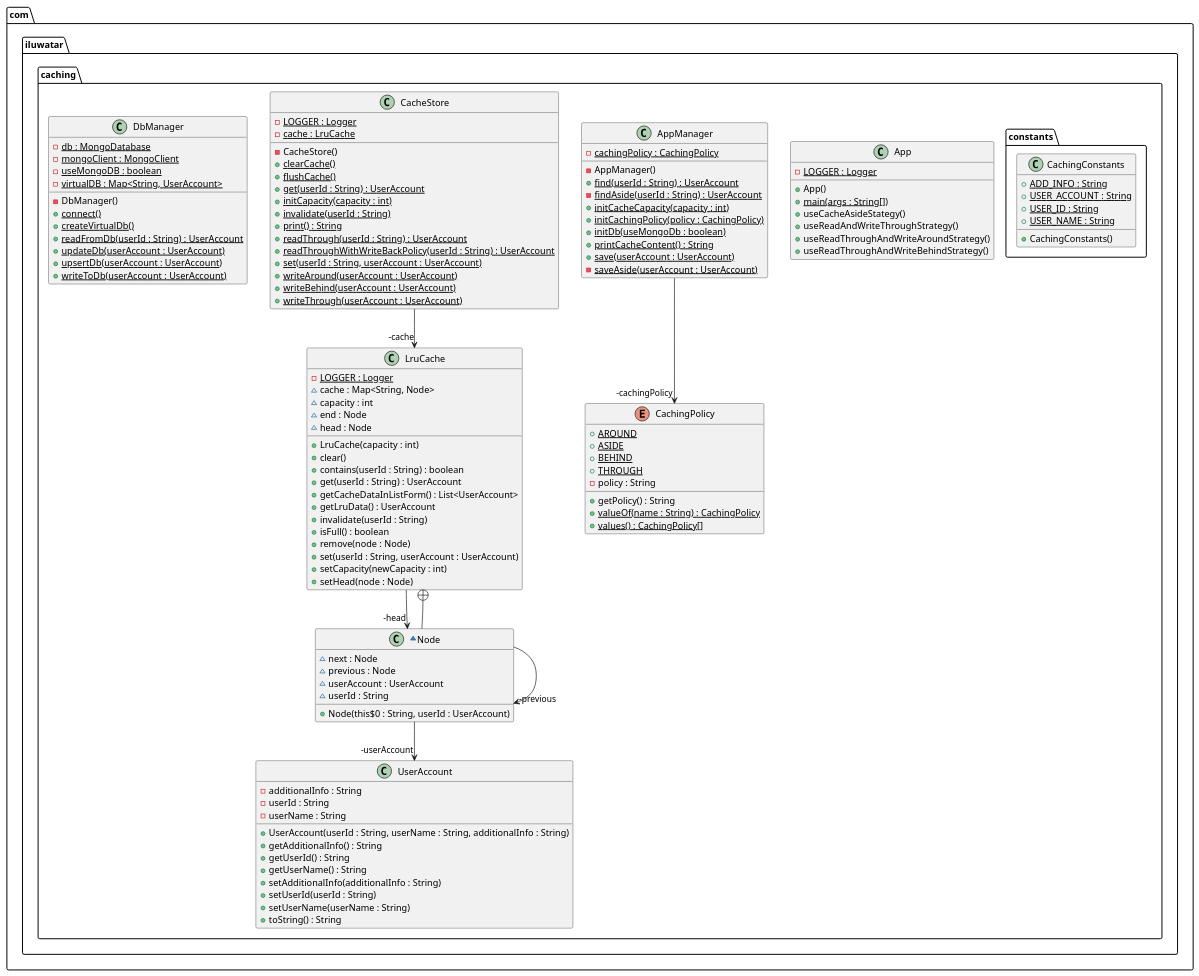
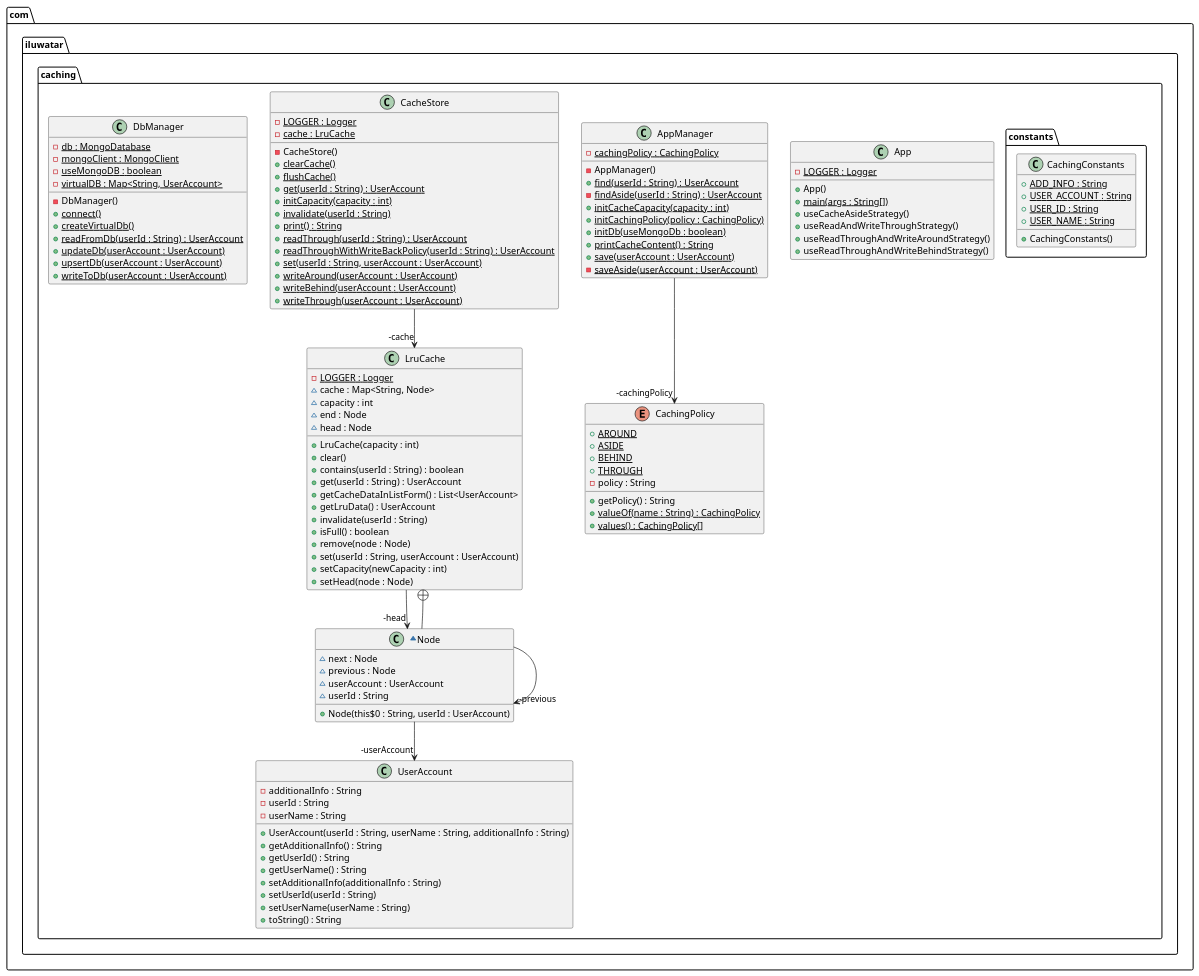
One commit to iluwatar/java-design-patterns changed the diagram in caching/etc/caching.urm.puml. Above: the diagram before and after it, drawn with PlantUML. The commit also changed 4 other files, not shown here.

```diff
--- a/caching/etc/caching.urm.puml
+++ b/caching/etc/caching.urm.puml
@@ -1,119 +1,119 @@
 @startuml
 package com.iluwatar.caching.constants {
   class CachingConstants {
     + ADD_INFO : String {static}
     + USER_ACCOUNT : String {static}
     + USER_ID : String {static}
     + USER_NAME : String {static}
     + CachingConstants()
   }
 }
 package com.iluwatar.caching {
   class App {
     - LOGGER : Logger {static}
     + App()
     + main(args : String[]) {static}
-    + useCacheAsideStategy()
+    + useCacheAsideStrategy()
     + useReadAndWriteThroughStrategy()
     + useReadThroughAndWriteAroundStrategy()
     + useReadThroughAndWriteBehindStrategy()
   }
   class AppManager {
     - cachingPolicy : CachingPolicy {static}
     - AppManager()
     + find(userId : String) : UserAccount {static}
     - findAside(userId : String) : UserAccount {static}
     + initCacheCapacity(capacity : int) {static}
     + initCachingPolicy(policy : CachingPolicy) {static}
     + initDb(useMongoDb : boolean) {static}
     + printCacheContent() : String {static}
     + save(userAccount : UserAccount) {static}
     - saveAside(userAccount : UserAccount) {static}
   }
   class CacheStore {
     - LOGGER : Logger {static}
     - cache : LruCache {static}
     - CacheStore()
     + clearCache() {static}
     + flushCache() {static}
     + get(userId : String) : UserAccount {static}
     + initCapacity(capacity : int) {static}
     + invalidate(userId : String) {static}
     + print() : String {static}
     + readThrough(userId : String) : UserAccount {static}
     + readThroughWithWriteBackPolicy(userId : String) : UserAccount {static}
     + set(userId : String, userAccount : UserAccount) {static}
     + writeAround(userAccount : UserAccount) {static}
     + writeBehind(userAccount : UserAccount) {static}
     + writeThrough(userAccount : UserAccount) {static}
   }
   enum CachingPolicy {
     + AROUND {static}
     + ASIDE {static}
     + BEHIND {static}
     + THROUGH {static}
     - policy : String
     + getPolicy() : String
     + valueOf(name : String) : CachingPolicy {static}
     + values() : CachingPolicy[] {static}
   }
   class DbManager {
     - db : MongoDatabase {static}
     - mongoClient : MongoClient {static}
     - useMongoDB : boolean {static}
     - virtualDB : Map<String, UserAccount> {static}
     - DbManager()
     + connect() {static}
     + createVirtualDb() {static}
     + readFromDb(userId : String) : UserAccount {static}
     + updateDb(userAccount : UserAccount) {static}
     + upsertDb(userAccount : UserAccount) {static}
     + writeToDb(userAccount : UserAccount) {static}
   }
   class LruCache {
     - LOGGER : Logger {static}
     ~ cache : Map<String, Node>
     ~ capacity : int
     ~ end : Node
     ~ head : Node
     + LruCache(capacity : int)
     + clear()
     + contains(userId : String) : boolean
     + get(userId : String) : UserAccount
     + getCacheDataInListForm() : List<UserAccount>
     + getLruData() : UserAccount
     + invalidate(userId : String)
     + isFull() : boolean
     + remove(node : Node)
     + set(userId : String, userAccount : UserAccount)
     + setCapacity(newCapacity : int)
     + setHead(node : Node)
   }
   ~class Node {
     ~ next : Node
     ~ previous : Node
     ~ userAccount : UserAccount
     ~ userId : String
     + Node(this$0 : String, userId : UserAccount)
   }
   class UserAccount {
     - additionalInfo : String
     - userId : String
     - userName : String
     + UserAccount(userId : String, userName : String, additionalInfo : String)
     + getAdditionalInfo() : String
     + getUserId() : String
     + getUserName() : String
     + setAdditionalInfo(additionalInfo : String)
     + setUserId(userId : String)
     + setUserName(userName : String)
     + toString() : String
   }
 }
 Node --+ LruCache
 LruCache -->  "-head" Node
 Node -->  "-previous" Node
 AppManager -->  "-cachingPolicy" CachingPolicy
 Node -->  "-userAccount" UserAccount
 CacheStore -->  "-cache" LruCache
 @enduml
```
